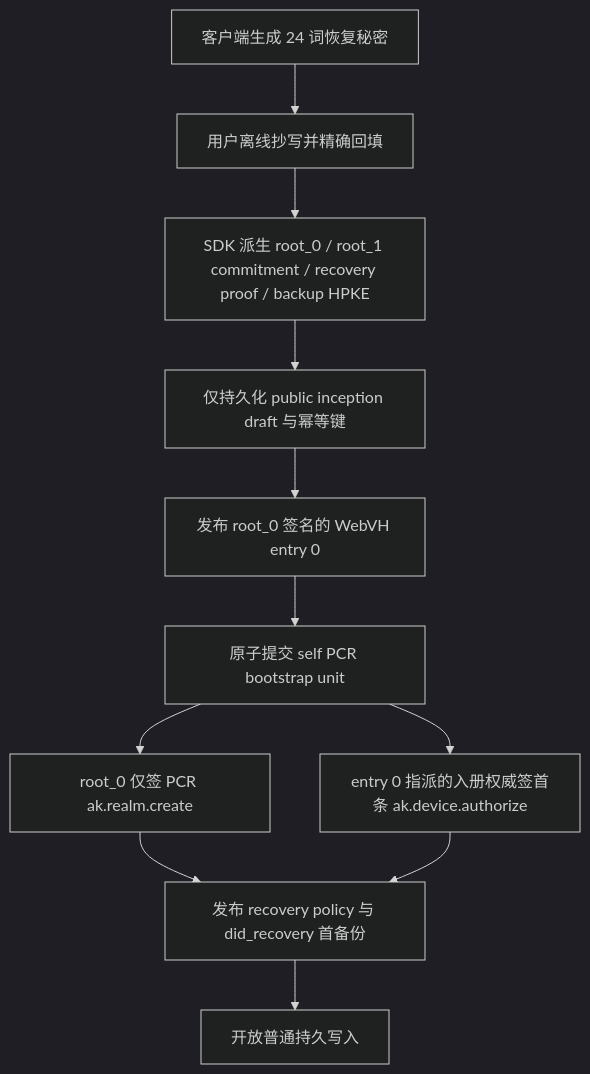
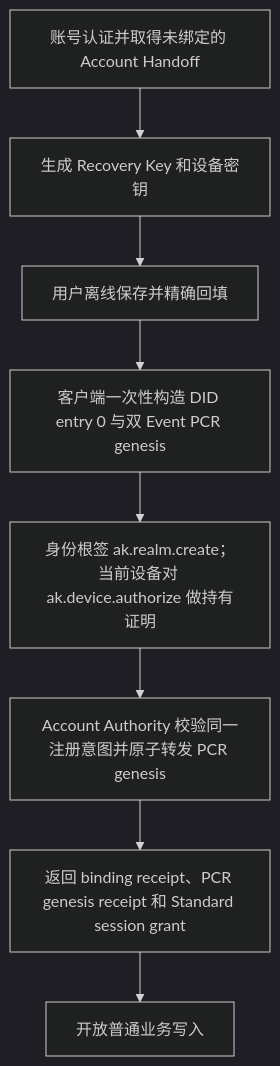
Before and after one commit to arkret-org/inkson: the diagram in docs/user-strands-key-lifecycle.md, drawn with Mermaid (dark theme). The commit also changed other lines of this file and 56 other files, not shown here.

Commit message:
Simplify onboarding and recovery device flow

````diff
--- a/docs/user-strands-key-lifecycle.md
+++ b/docs/user-strands-key-lifecycle.md
@@ -26,13 +17,10 @@
 ```mermaid
 flowchart TD
-    A["客户端生成 24 词恢复秘密"] --> B["用户离线抄写并精确回填"]
-    B --> C["SDK 派生 root_0 / root_1 commitment / recovery proof / backup HPKE"]
-    C --> D["仅持久化 public inception draft 与幂等键"]
-    D --> E["发布 root_0 签名的 WebVH entry 0"]
-    E --> F["原子提交 self PCR bootstrap unit"]
-    F --> G["root_0 仅签 PCR ak.realm.create"]
-    F --> H["entry 0 指派的入册权威签首条 ak.device.authorize"]
-    G --> I["发布 recovery policy 与 did_recovery 首备份"]
-    H --> I
-    I --> J["开放普通持久写入"]
+    A["账号认证并取得未绑定的 Account Handoff"] --> B["生成 Recovery Key 和设备密钥"]
+    B --> C["用户离线保存并精确回填"]
+    C --> D["客户端一次性构造 DID entry 0 与双 Event PCR genesis"]
+    D --> E["身份根签 ak.realm.create；当前设备对 ak.device.authorize 做持有证明"]
+    E --> F["Account Authority 校验同一注册意图并原子转发 PCR genesis"]
+    F --> G["返回 binding receipt、PCR genesis receipt 和 Standard session grant"]
+    G --> H["开放普通业务写入"]
 ```
````
